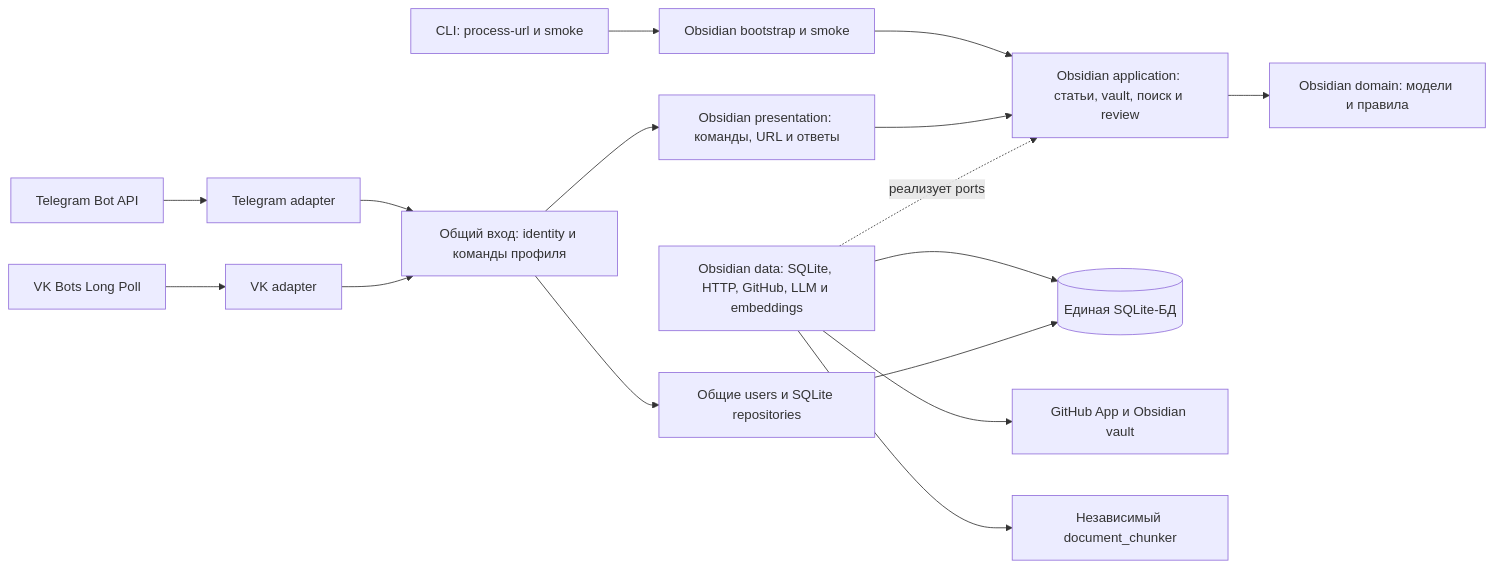
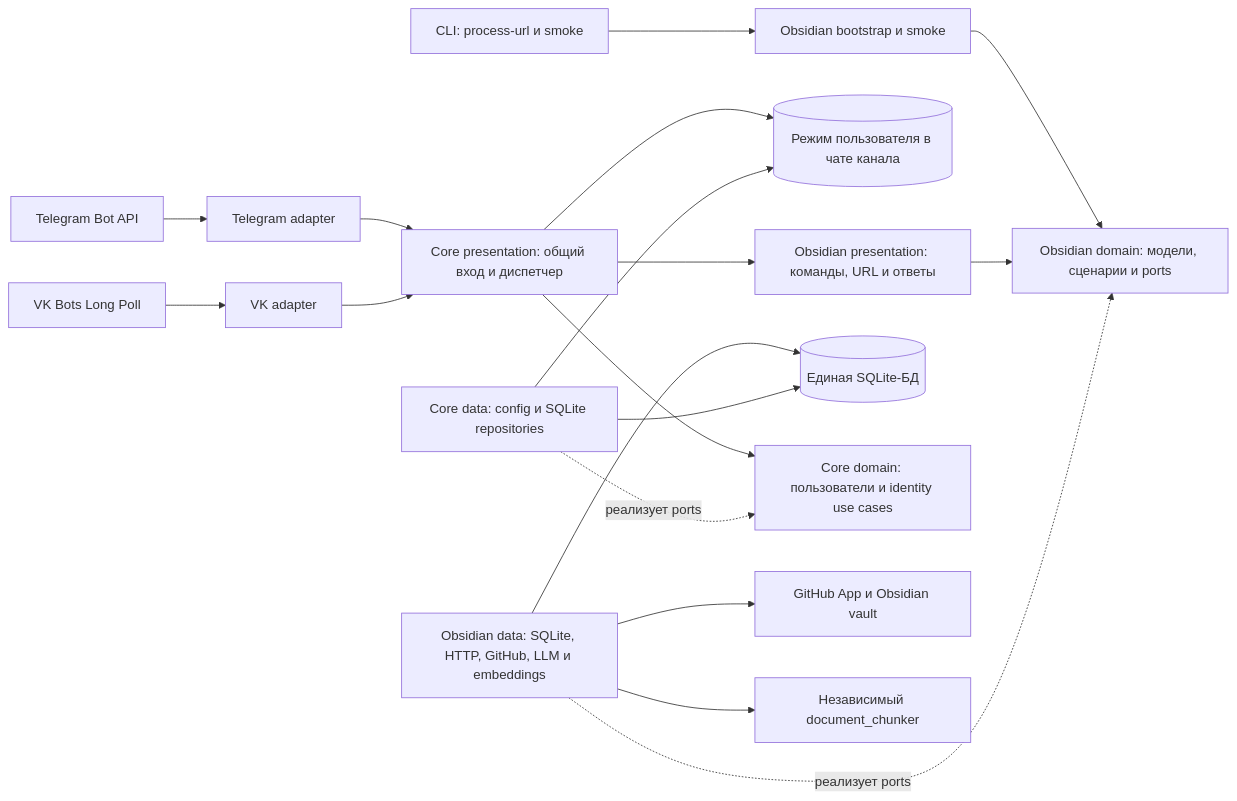
One commit to karateka-git/compadre-assistant changed the first of 2 diagrams in docs/ARCHITECTURE.md. Above: the diagram before and after it, drawn with Mermaid. The commit also changed other lines of this file and 188 other files, not shown here.

````diff
--- a/docs/ARCHITECTURE.md
+++ b/docs/ARCHITECTURE.md
@@ -19,18 +19,20 @@
 ```mermaid
 flowchart LR
     TG[Telegram Bot API] --> TA[Telegram adapter]
     VK[VK Bots Long Poll] --> VA[VK adapter]
     CLI[CLI: process-url и smoke] --> OB[Obsidian bootstrap и smoke]
-    OB --> OA[Obsidian application: статьи, vault, поиск и review]
-    TA --> IN[Общий вход: identity и команды профиля]
+    OB --> OD[Obsidian domain: модели, сценарии и ports]
+    TA --> IN[Core presentation: общий вход и диспетчер]
     VA --> IN
+    IN --> MODE[(Режим пользователя в чате канала)]
     IN --> OP[Obsidian presentation: команды, URL и ответы]
-    OP --> OA
-    OA --> OD[Obsidian domain: модели и правила]
-    ODATA[Obsidian data: SQLite, HTTP, GitHub, LLM и embeddings] -. реализует ports .-> OA
+    OP --> OD
+    ODATA[Obsidian data: SQLite, HTTP, GitHub, LLM и embeddings] -. реализует ports .-> OD
     ODATA --> DB[(Единая SQLite-БД)]
-    IN --> USERS[Общие users и SQLite repositories]
-    USERS --> DB
+    IN --> USERS[Core domain: пользователи и identity use cases]
+    CDATA[Core data: config и SQLite repositories] -. реализует ports .-> USERS
+    CDATA --> MODE
+    CDATA --> DB
     ODATA --> GH[GitHub App и Obsidian vault]
     ODATA --> DC[Независимый document_chunker]
 ```
````
